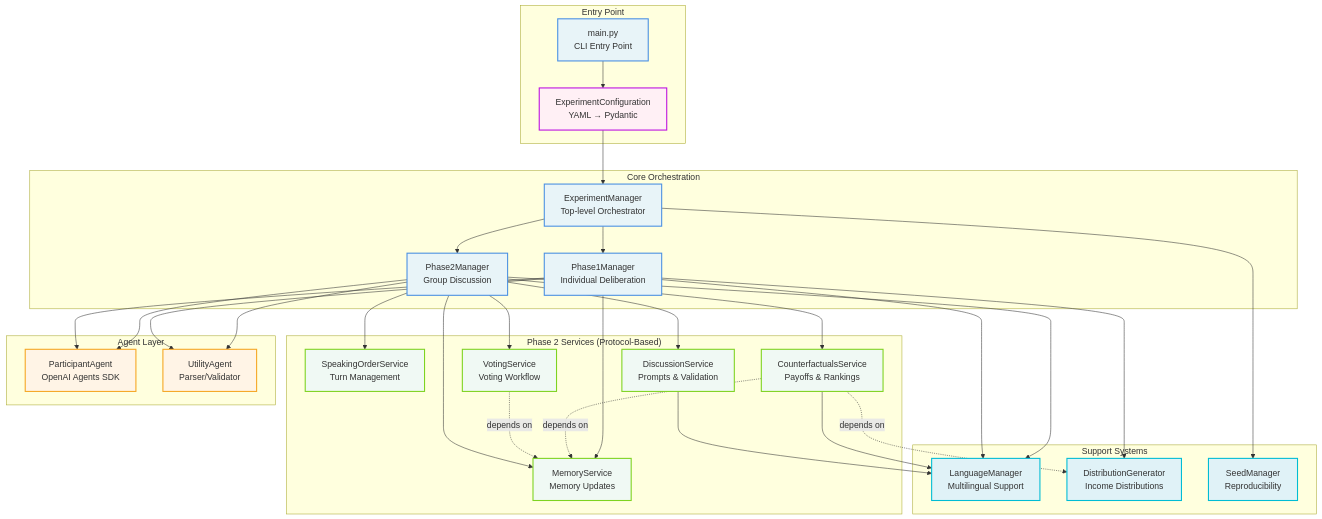
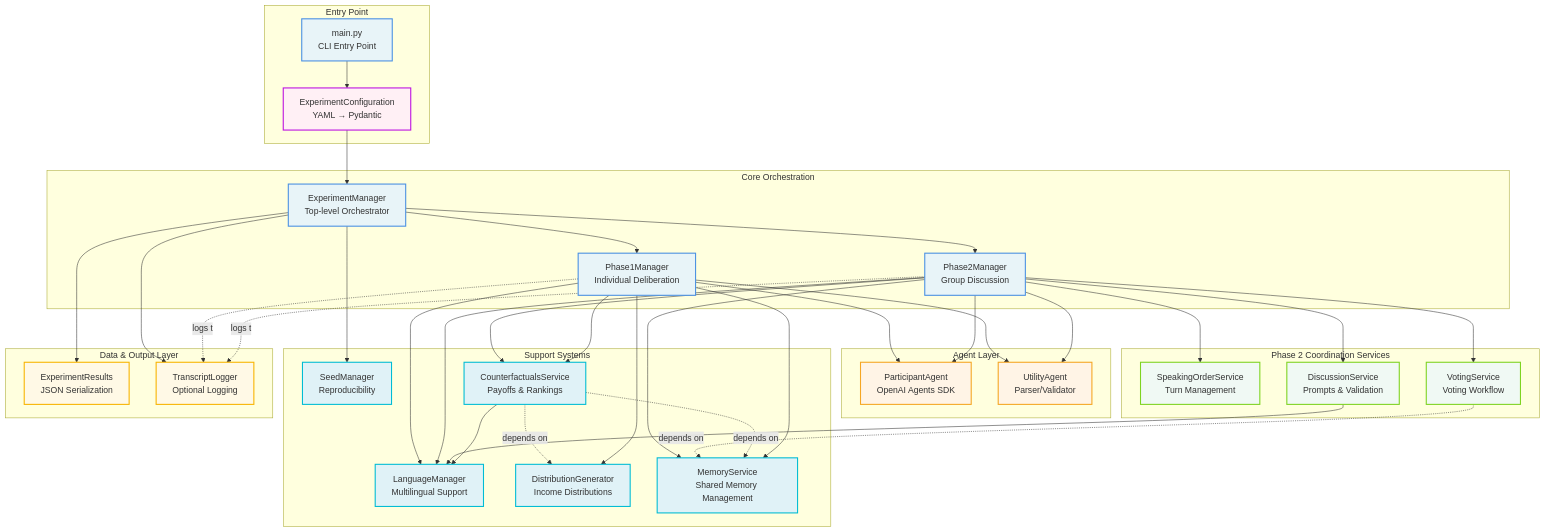
The first of 3 diagrams in TECHNICAL_ARCHITECTURE.md (Lucas-Mueller/Master-Thesis-Lucas-Mueller), drawn with Mermaid before and after one commit. The commit also changed other lines of this file and 6 other files, not shown here.

Commit message:
data layer

````diff
--- a/TECHNICAL_ARCHITECTURE.md
+++ b/TECHNICAL_ARCHITECTURE.md
@@ -50,12 +50,10 @@
         P2M[Phase2Manager<br/>Group Discussion]
     end
 
-    subgraph "Phase 2 Services (Protocol-Based)"
+    subgraph "Phase 2 Coordination Services"
         SOS[SpeakingOrderService<br/>Turn Management]
         DS[DiscussionService<br/>Prompts & Validation]
         VS[VotingService<br/>Voting Workflow]
-        MS[MemoryService<br/>Memory Updates]
-        CS[CounterfactualsService<br/>Payoffs & Rankings]
     end
 
     subgraph "Agent Layer"
@@ -67,6 +65,13 @@
         LM[LanguageManager<br/>Multilingual Support]
         DG[DistributionGenerator<br/>Income Distributions]
         SM[SeedManager<br/>Reproducibility]
+        MS[MemoryService<br/>Shared Memory Management]
+        CS[CounterfactualsService<br/>Payoffs & Rankings]
+    end
+
+    subgraph "Data & Output Layer"
+        Results[ExperimentResults<br/>JSON Serialization]
+        TL[TranscriptLogger<br/>Optional Logging]
     end
 
     Main --> Config
@@ -96,7 +101,13 @@
     CS --> LM
 
     P1M --> DG
+    P1M --> CS
     EM --> SM
+
+    EM --> Results
+    EM --> TL
+    P1M -.logs to.-> TL
+    P2M -.logs to.-> TL
 
     %% Styling
     classDef coreStyle fill:#E8F4F8,stroke:#4A90E2,stroke-width:2px
@@ -104,10 +115,12 @@
     classDef agentStyle fill:#FFF4E6,stroke:#F5A623,stroke-width:2px
     classDef supportStyle fill:#E0F2F7,stroke:#00BCD4,stroke-width:2px
     classDef configStyle fill:#FFF0F5,stroke:#BD10E0,stroke-width:2px
+    classDef dataStyle fill:#FFF9E6,stroke:#F8B400,stroke-width:2px
 
     class Main,EM,P1M,P2M coreStyle
-    class SOS,DS,VS,MS,CS serviceStyle
+    class SOS,DS,VS serviceStyle
     class PA,UA agentStyle
-    class LM,DG,SM supportStyle
+    class LM,DG,SM,MS,CS supportStyle
     class Config configStyle
+    class Results,TL dataStyle
 ```
````
